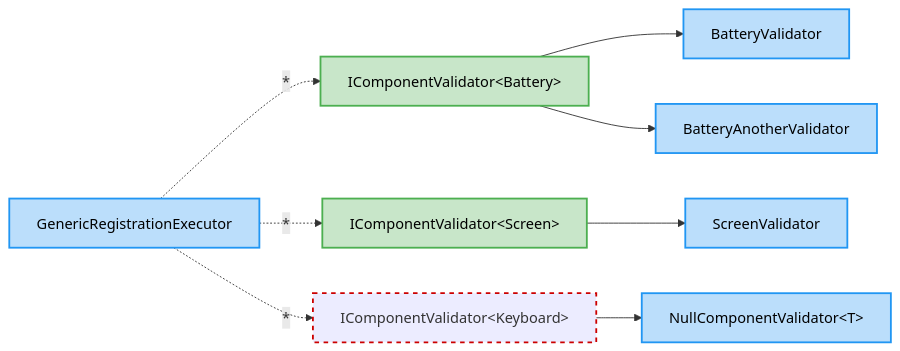
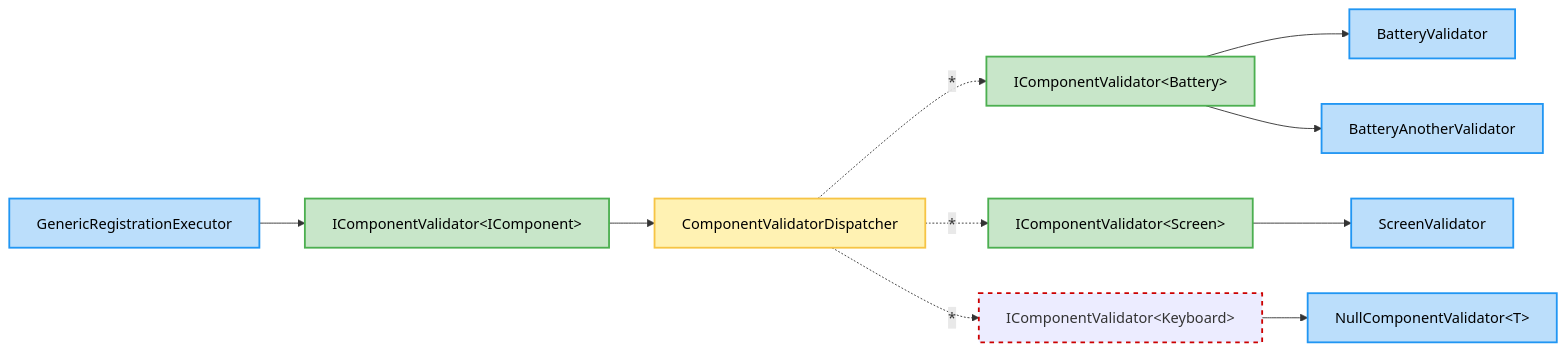
One commit to arika0093/Qudi changed the diagram in examples/Qudi.Example.Readme/exported/GenericRegistrationExecutor.md. Above: the diagram before and after it, drawn with Mermaid. The commit also changed 3 other files, not shown here.

Commit message:
feat: add ComponentValidatorDispatcher for improved component validation routing

````diff
--- a/examples/Qudi.Example.Readme/exported/GenericRegistrationExecutor.md
+++ b/examples/Qudi.Example.Readme/exported/GenericRegistrationExecutor.md
@@ -1,30 +1,37 @@
 ```mermaid
 flowchart LR
     Qudi_Examples_GenericRegistration_NullComponentValidator_T_["NullComponentValidator#lt;T#gt;"]
     Qudi_Examples_GenericRegistration_BatteryValidator["BatteryValidator"]
     Qudi_Examples_GenericRegistration_IComponentValidator_Qudi_Examples_GenericRegistration_Battery_["IComponentValidator#lt;Battery#gt;"]
     Qudi_Examples_GenericRegistration_BatteryAnotherValidator["BatteryAnotherValidator"]
     Qudi_Examples_GenericRegistration_ScreenValidator["ScreenValidator"]
     Qudi_Examples_GenericRegistration_IComponentValidator_Qudi_Examples_GenericRegistration_Screen_["IComponentValidator#lt;Screen#gt;"]
     Qudi_Examples_GenericRegistration_GenericRegistrationExecutor["GenericRegistrationExecutor"]
+    Qudi_Examples_GenericRegistration_IComponentValidator_Qudi_Examples_GenericRegistration_IComponent_["IComponentValidator#lt;IComponent#gt;"]
+    Qudi_Examples_GenericRegistration_ComponentValidatorDispatcher["ComponentValidatorDispatcher"]
     Qudi_Examples_GenericRegistration_IComponentValidator_Qudi_Examples_GenericRegistration_Keyboard_["IComponentValidator#lt;Keyboard#gt;"]
     Qudi_Examples_GenericRegistration_IComponentValidator_Qudi_Examples_GenericRegistration_Battery_ --> Qudi_Examples_GenericRegistration_BatteryValidator
     Qudi_Examples_GenericRegistration_IComponentValidator_Qudi_Examples_GenericRegistration_Battery_ --> Qudi_Examples_GenericRegistration_BatteryAnotherValidator
     Qudi_Examples_GenericRegistration_IComponentValidator_Qudi_Examples_GenericRegistration_Screen_ --> Qudi_Examples_GenericRegistration_ScreenValidator
-    Qudi_Examples_GenericRegistration_GenericRegistrationExecutor -.->|"*"| Qudi_Examples_GenericRegistration_IComponentValidator_Qudi_Examples_GenericRegistration_Battery_
-    Qudi_Examples_GenericRegistration_GenericRegistrationExecutor -.->|"*"| Qudi_Examples_GenericRegistration_IComponentValidator_Qudi_Examples_GenericRegistration_Screen_
-    Qudi_Examples_GenericRegistration_GenericRegistrationExecutor -.->|"*"| Qudi_Examples_GenericRegistration_IComponentValidator_Qudi_Examples_GenericRegistration_Keyboard_
+    Qudi_Examples_GenericRegistration_GenericRegistrationExecutor --> Qudi_Examples_GenericRegistration_IComponentValidator_Qudi_Examples_GenericRegistration_IComponent_
+    Qudi_Examples_GenericRegistration_IComponentValidator_Qudi_Examples_GenericRegistration_IComponent_ --> Qudi_Examples_GenericRegistration_ComponentValidatorDispatcher
+    Qudi_Examples_GenericRegistration_ComponentValidatorDispatcher -.->|"*"| Qudi_Examples_GenericRegistration_IComponentValidator_Qudi_Examples_GenericRegistration_Battery_
+    Qudi_Examples_GenericRegistration_ComponentValidatorDispatcher -.->|"*"| Qudi_Examples_GenericRegistration_IComponentValidator_Qudi_Examples_GenericRegistration_Screen_
+    Qudi_Examples_GenericRegistration_ComponentValidatorDispatcher -.->|"*"| Qudi_Examples_GenericRegistration_IComponentValidator_Qudi_Examples_GenericRegistration_Keyboard_
     Qudi_Examples_GenericRegistration_IComponentValidator_Qudi_Examples_GenericRegistration_Keyboard_ --> Qudi_Examples_GenericRegistration_NullComponentValidator_T_
     classDef missing stroke:#c00,stroke-width:2px,stroke-dasharray:5 5;
     class Qudi_Examples_GenericRegistration_IComponentValidator_Qudi_Examples_GenericRegistration_Keyboard_ missing;
     classDef interface fill:#c8e6c9,stroke:#4caf50,stroke-width:2px,color:#000;
     class Qudi_Examples_GenericRegistration_IComponentValidator_Qudi_Examples_GenericRegistration_Battery_ interface;
     class Qudi_Examples_GenericRegistration_IComponentValidator_Qudi_Examples_GenericRegistration_Screen_ interface;
+    class Qudi_Examples_GenericRegistration_IComponentValidator_Qudi_Examples_GenericRegistration_IComponent_ interface;
     classDef cls fill:#bbdefb,stroke:#2196f3,stroke-width:2px,color:#000;
     class Qudi_Examples_GenericRegistration_NullComponentValidator_T_ cls;
     class Qudi_Examples_GenericRegistration_BatteryValidator cls;
     class Qudi_Examples_GenericRegistration_BatteryAnotherValidator cls;
     class Qudi_Examples_GenericRegistration_ScreenValidator cls;
     class Qudi_Examples_GenericRegistration_GenericRegistrationExecutor cls;
+    classDef dispatcher fill:#fff2b3,stroke:#f6c445,stroke-width:2px,color:#000;
+    class Qudi_Examples_GenericRegistration_ComponentValidatorDispatcher dispatcher;
 
 ```
````
